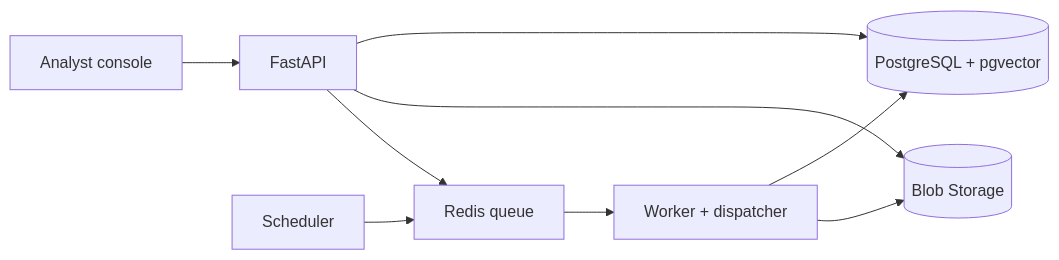
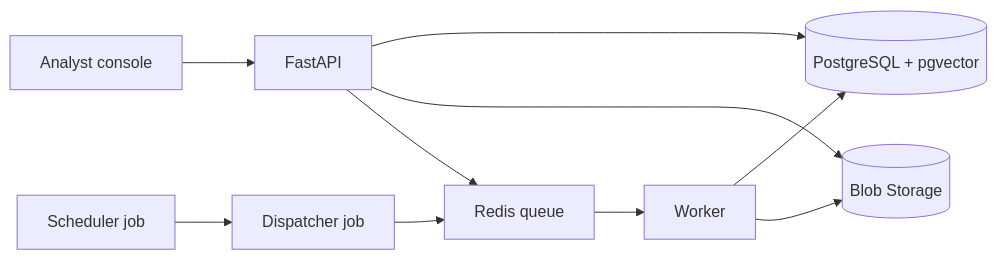
The second of 3 diagrams in README.md (chintan-02/regimpact-ai), drawn with Mermaid before and after one commit. The commit also changed other lines of this file and 8 other files, not shown here.

````diff
--- a/README.md
+++ b/README.md
@@ -66,11 +66,12 @@
 ```mermaid
 flowchart LR
     U["Analyst console"] --> API["FastAPI"]
     API --> PG[("PostgreSQL + pgvector")]
     API --> BS[("Blob Storage")]
     API --> Q["Redis queue"]
-    Q --> W["Worker + dispatcher"]
-    SCH["Scheduler"] --> Q
+    Q --> W["Worker"]
+    DISP["Dispatcher job"] --> Q
+    SCH["Scheduler job"] --> DISP
     W --> PG
     W --> BS
 ```
````
